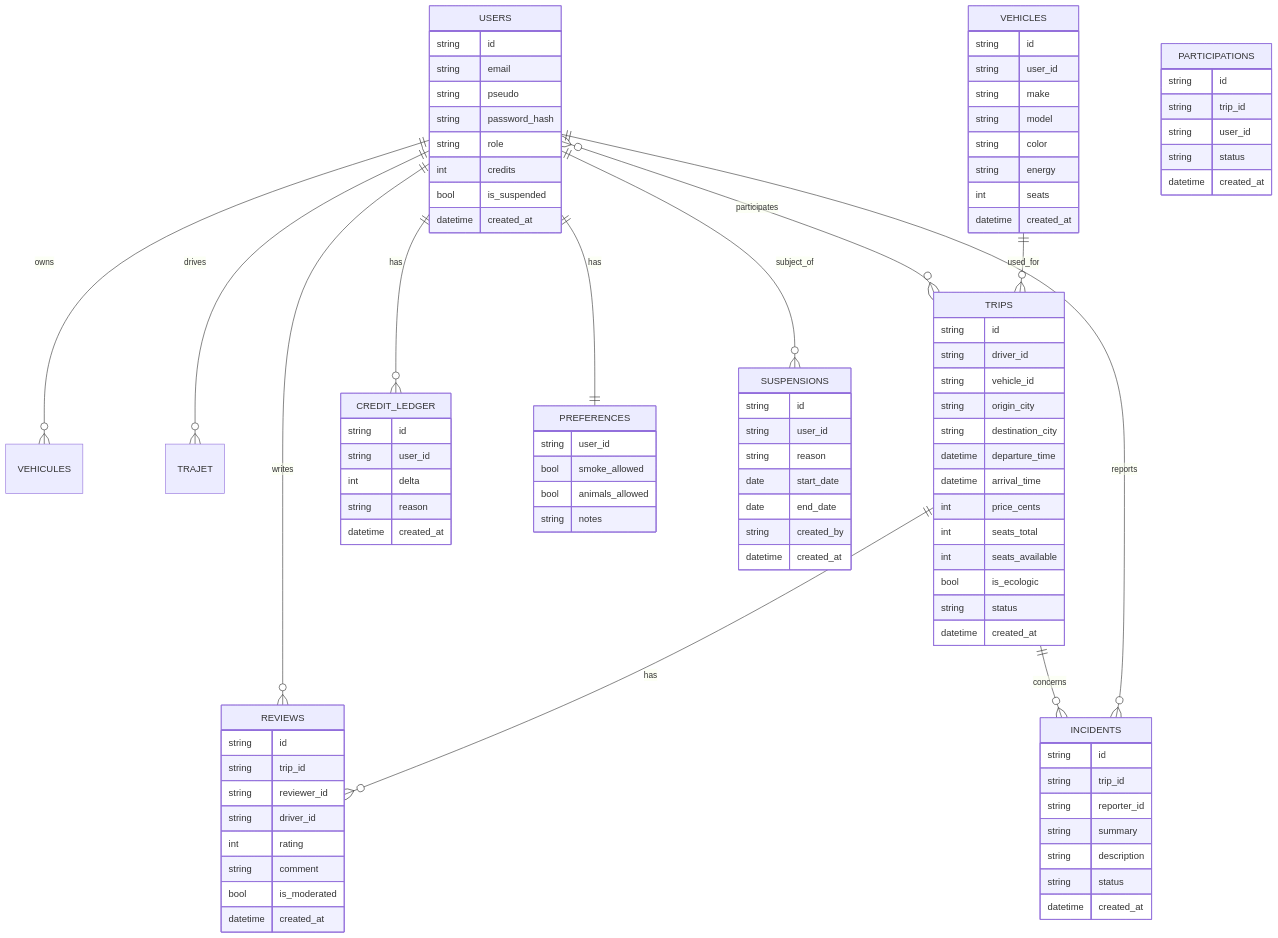
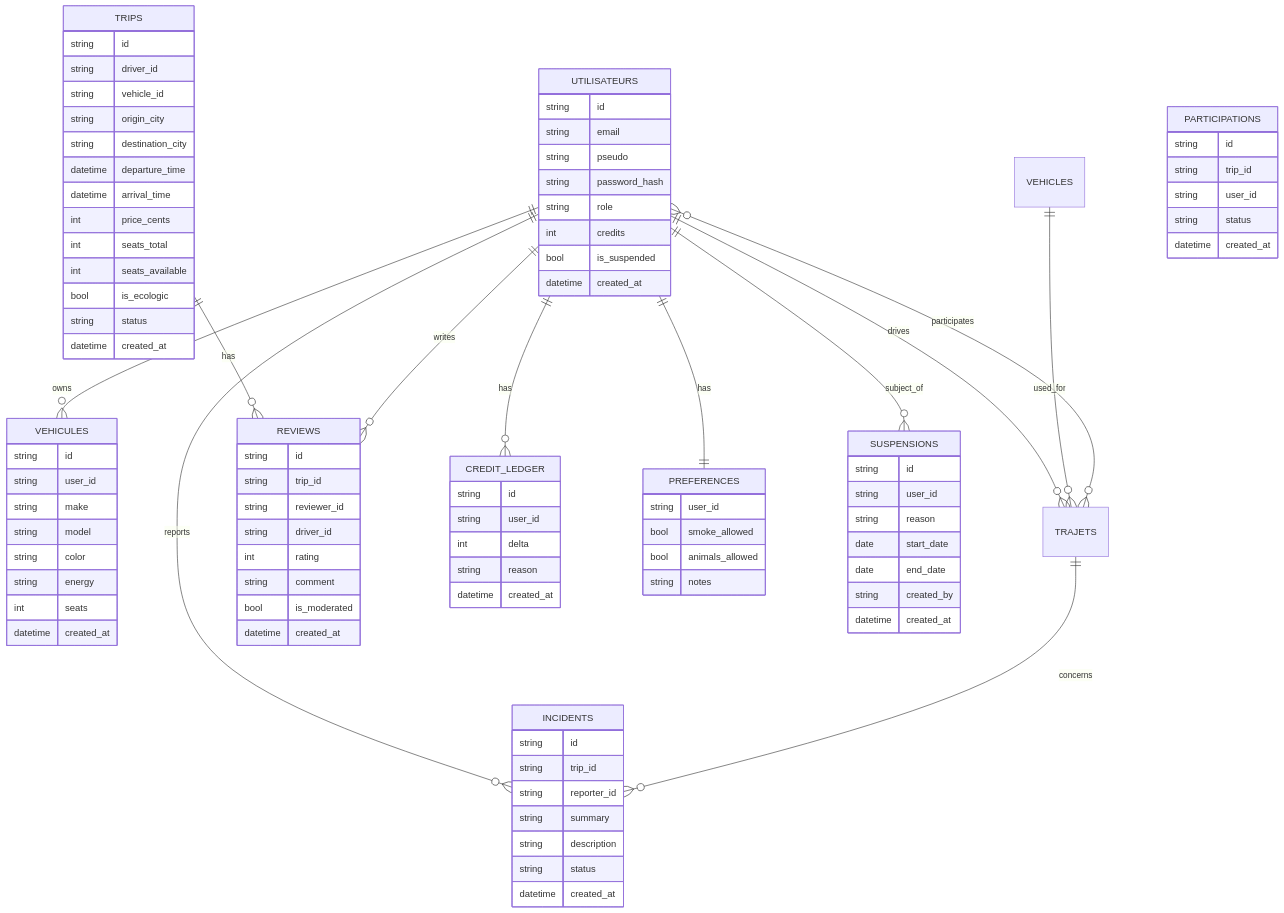
Before and after one commit to mle1989972/ecoride: the diagram in MCD (1).md, drawn with Mermaid.

Commit message:
Update MCD (1).md

````diff
--- a/MCD (1).md
+++ b/MCD (1).md
@@ -7,18 +7,18 @@
 ```mermaid
 erDiagram
-  USERS ||--o{ VEHICULES : owns
-  USERS ||--o{ TRAJET : drives
-  VEHICLES ||--o{ TRIPS : used_for
-  USERS }o--o{ TRIPS : participates
+  UTILISATEURS ||--o{ VEHICULES : owns
+  UTILISATEURS ||--o{ TRAJETS : drives
+  VEHICLES ||--o{ TRAJETS : used_for
+  UTILISATEURS }o--o{ TRAJETS : participates
   TRIPS ||--o{ REVIEWS : has
-  USERS ||--o{ REVIEWS : writes
-  USERS ||--o{ CREDIT_LEDGER : has
-  USERS ||--|| PREFERENCES : has
-  USERS ||--o{ SUSPENSIONS : subject_of
-  USERS ||--o{ INCIDENTS : reports
-  TRIPS ||--o{ INCIDENTS : concerns
+  UTILISATEURS ||--o{ REVIEWS : writes
+  UTILISATEURS ||--o{ CREDIT_LEDGER : has
+  UTILISATEURS ||--|| PREFERENCES : has
+  UTILISATEURS ||--o{ SUSPENSIONS : subject_of
+  UTILISATEURS ||--o{ INCIDENTS : reports
+  TRAJETS ||--o{ INCIDENTS : concerns
 
-  USERS {
+  UTILISATEURS {
     string id
     string email
     string pseudo
@@ -36,7 +36,7 @@
     string notes
   }
 
-  VEHICLES {
+  VEHICULES {
     string id
     string user_id
     string make
````
